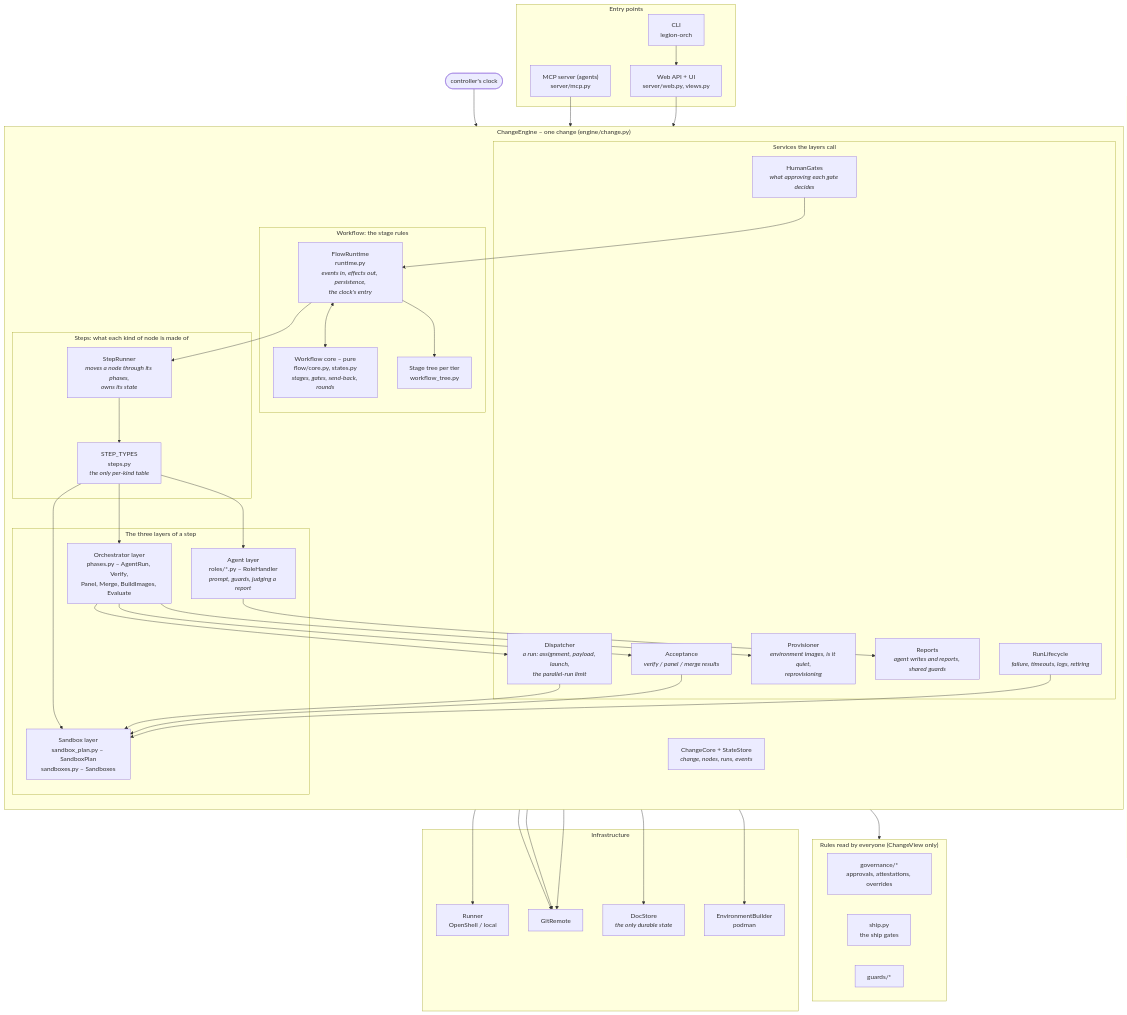
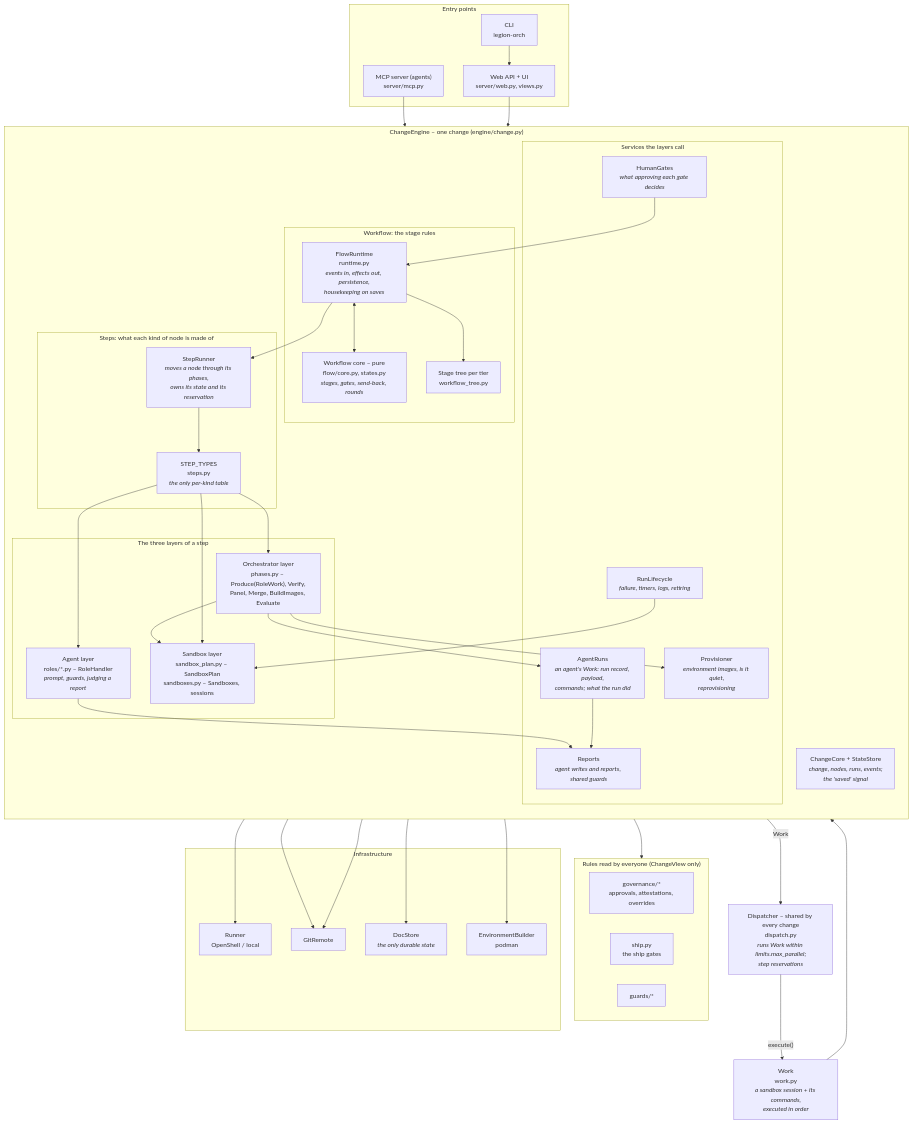
One commit to mr-miles/orchestrator changed the first of 6 diagrams in docs/architecture.md. Above: the diagram before and after it, drawn with Mermaid. The commit also changed other lines of this file and 6 other files, not shown here.

First line of the commit message:
A waiting step holds no slot; docs for work, the dispatcher and reservations

````diff
--- a/docs/architecture.md
+++ b/docs/architecture.md
@@ -13,69 +13,72 @@
 ```mermaid
 flowchart TB
     subgraph entry["Entry points"]
         web["Web API + UI<br/>server/web.py, views.py"]
         mcp["MCP server (agents)<br/>server/mcp.py"]
         cli["CLI<br/>legion-orch"]
     end
 
     subgraph engine["ChangeEngine – one change (engine/change.py)"]
         direction TB
         subgraph wf["Workflow: the stage rules"]
             core["Workflow core – pure<br/>flow/core.py, states.py<br/><i>stages, gates, send-back, rounds</i>"]
             tree["Stage tree per tier<br/>workflow_tree.py"]
-            rt["FlowRuntime<br/>runtime.py<br/><i>events in, effects out, persistence,<br/>the clock's entry</i>"]
+            rt["FlowRuntime<br/>runtime.py<br/><i>events in, effects out, persistence,<br/>housekeeping on saves</i>"]
         end
         subgraph steps["Steps: what each kind of node is made of"]
-            runner["StepRunner<br/><i>moves a node through its phases,<br/>owns its state</i>"]
+            runner["StepRunner<br/><i>moves a node through its phases,<br/>owns its state and its reservation</i>"]
             types["STEP_TYPES<br/>steps.py<br/><i>the only per-kind table</i>"]
         end
         subgraph layers["The three layers of a step"]
             agent["Agent layer<br/>roles/*.py – RoleHandler<br/><i>prompt, guards, judging a report</i>"]
-            phases["Orchestrator layer<br/>phases.py – AgentRun, Verify,<br/>Panel, Merge, BuildImages, Evaluate"]
-            sbx["Sandbox layer<br/>sandbox_plan.py – SandboxPlan<br/>sandboxes.py – Sandboxes"]
+            phases["Orchestrator layer<br/>phases.py – Produce(RoleWork), Verify,<br/>Panel, Merge, BuildImages, Evaluate"]
+            sbx["Sandbox layer<br/>sandbox_plan.py – SandboxPlan<br/>sandboxes.py – Sandboxes, sessions"]
         end
         subgraph svc["Services the layers call"]
-            disp["Dispatcher<br/><i>a run: assignment, payload, launch,<br/>the parallel-run limit</i>"]
+            agents["AgentRuns<br/><i>an agent's Work: run record, payload,<br/>commands; what the run did</i>"]
             reports["Reports<br/><i>agent writes and reports, shared guards</i>"]
-            acc["Acceptance<br/><i>verify / panel / merge results</i>"]
             prov["Provisioner<br/><i>environment images, is it quiet,<br/>reprovisioning</i>"]
-            life["RunLifecycle<br/><i>failure, timeouts, logs, retiring</i>"]
+            life["RunLifecycle<br/><i>failure, timers, logs, retiring</i>"]
             gates["HumanGates<br/><i>what approving each gate decides</i>"]
         end
-        state["ChangeCore + StateStore<br/><i>change, nodes, runs, events</i>"]
+        state["ChangeCore + StateStore<br/><i>change, nodes, runs, events;<br/>the 'saved' signal</i>"]
     end
+
+    disp["Dispatcher – shared by every change<br/>dispatch.py<br/><i>runs Work within limits.max_parallel;<br/>step reservations</i>"]
+    work["Work<br/>work.py<br/><i>a sandbox session + its commands,<br/>executed in order</i>"]
 
     subgraph gov["Rules read by everyone (ChangeView only)"]
         governance["governance/*<br/>approvals, attestations, overrides"]
         ship["ship.py<br/>the ship gates"]
         guards["guards/*"]
     end
 
     subgraph infra["Infrastructure"]
         runnerx["Runner<br/>OpenShell / local"]
         git["GitRemote"]
         store["DocStore<br/><i>the only durable state</i>"]
         builder["EnvironmentBuilder<br/>podman"]
     end
 
-    clock(["controller's clock"]) --> rt
     web --> engine
     cli --> web
     mcp --> reports
     rt <--> core
     rt --> tree
     rt --> runner
     gates --> rt
     runner --> types
     types --> agent & phases & sbx
-    phases --> disp & acc & prov
+    phases --> agents & prov & sbx
+    phases -- "Work" --> disp
+    disp -- "execute()" --> work
+    work --> sbx
+    agents --> reports
     agent --> reports
-    disp --> sbx
-    acc --> sbx
     life --> sbx
     engine --> gov
     sbx --> runnerx
-    disp & acc & gates --> git
+    phases & gates --> git
     state --> store
     prov --> builder
 ```
````
